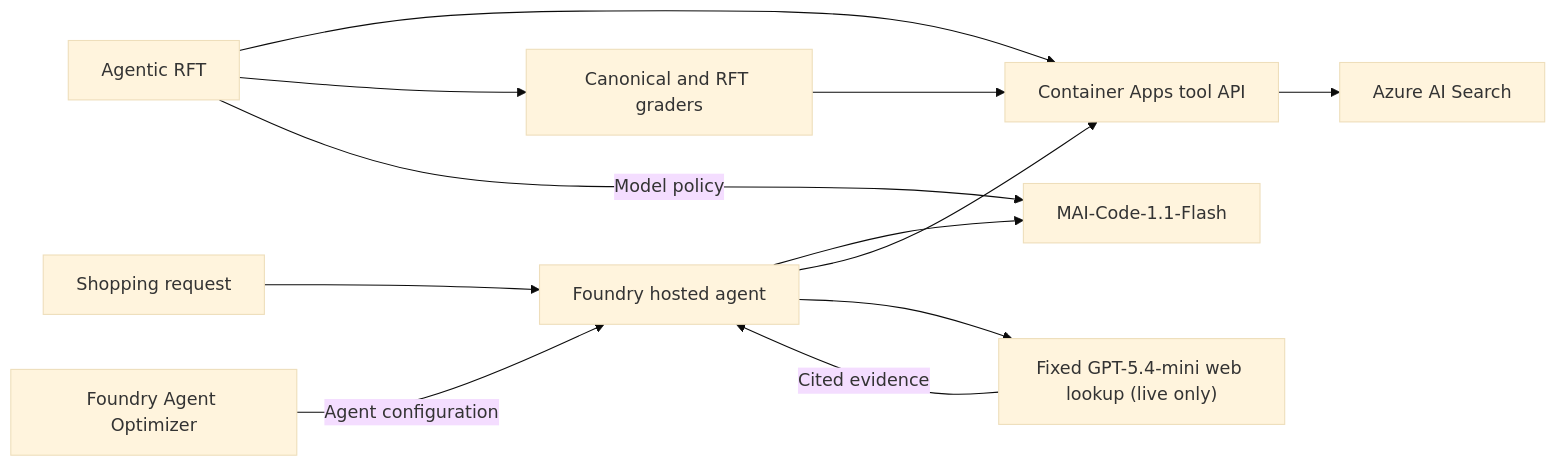
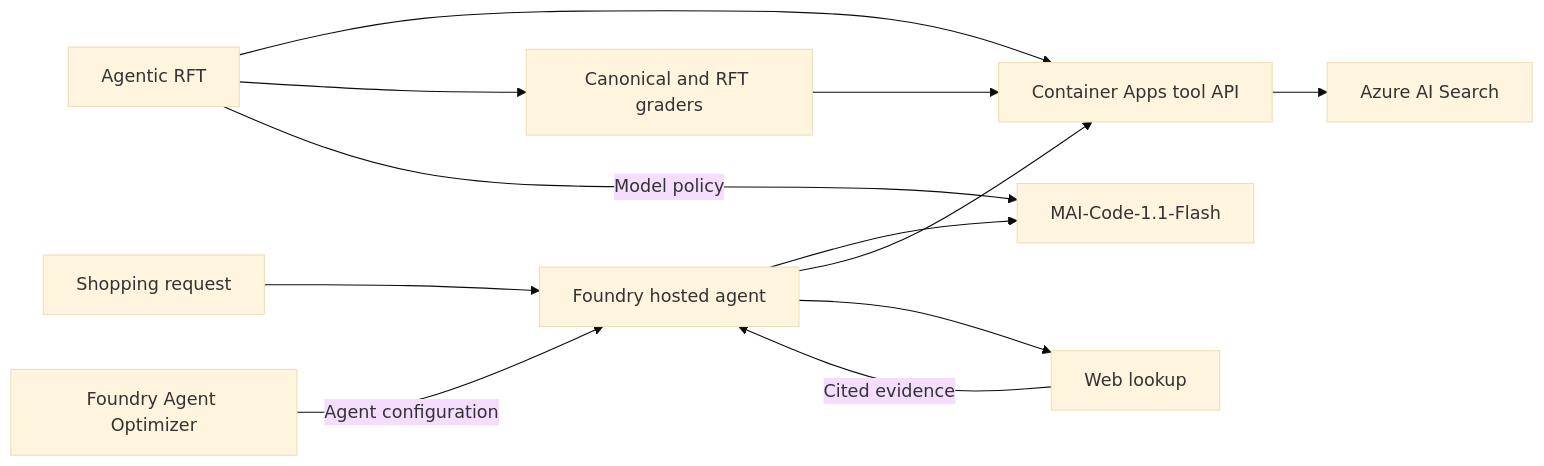
One commit to AliciaFrame/shoppingbench-foundry changed the diagram in README.md. Above: the diagram before and after it, drawn with Mermaid (base theme).

Commit message:
Simplify architecture web lookup label
Copilot-Session: 241a9639-0d21-4301-b64b-c3f976925d2b

````diff
--- a/README.md
+++ b/README.md
@@ -42,14 +42,14 @@
 ```mermaid
 flowchart LR
     User["Shopping request"] --> Agent["Foundry hosted agent"]
     Agent --> Model["MAI-Code-1.1-Flash"]
     Agent --> Tools["Container Apps tool API"]
     Tools --> Search["Azure AI Search"]
-    Agent --> Lookup["Fixed GPT-5.4-mini web lookup (live only)"]
+    Agent --> Lookup["Web lookup"]
     Lookup -->|Cited evidence| Agent
     Eval["Canonical and RFT graders"] --> Tools
     Optimizer["Foundry Agent Optimizer"] -->|Agent configuration| Agent
     RFT["Agentic RFT"] --> Tools
     RFT --> Eval
     RFT -->|Model policy| Model
 ```
````
